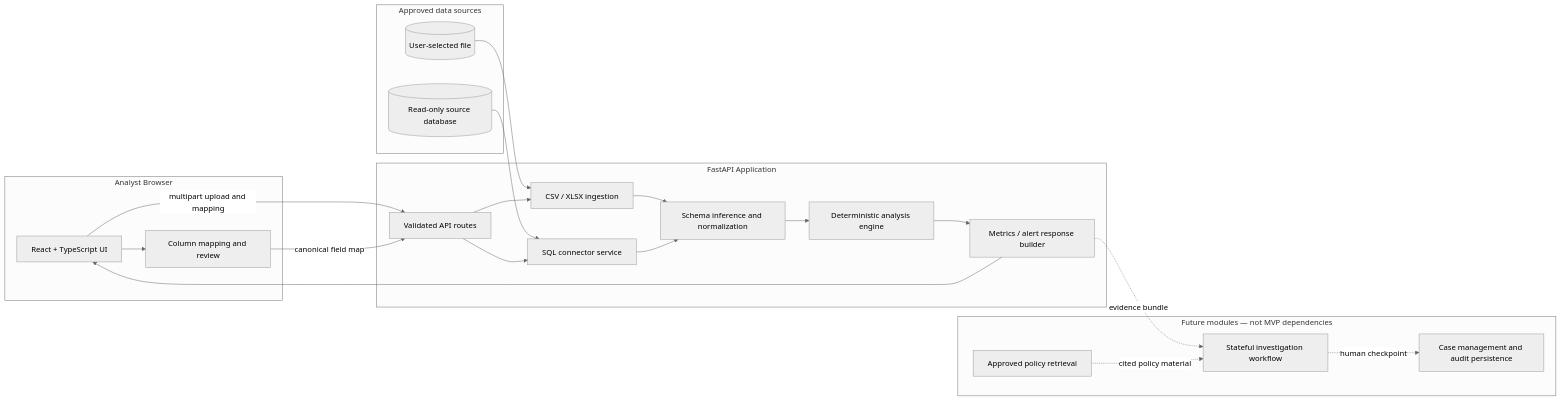
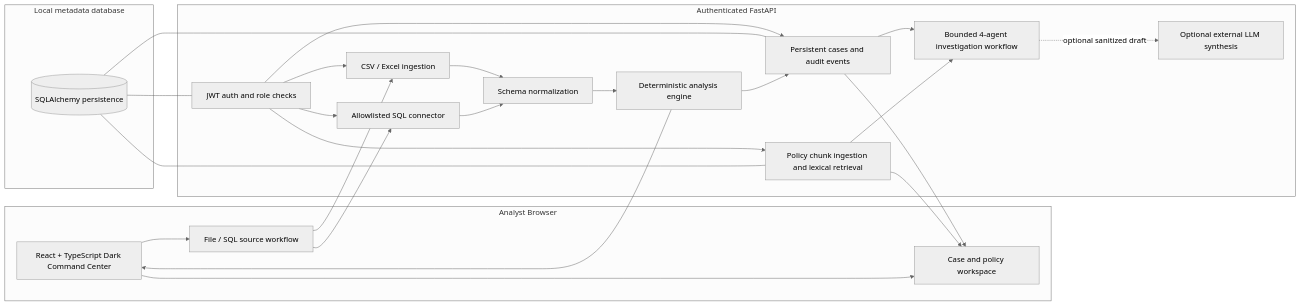
The diagram in docs/ARCHITECTURE.md (uzair592/SentinelAML), drawn with Mermaid (neutral theme) before and after one commit. The commit also changed other lines of this file, not shown here.

Commit message:
docs: update architecture for implemented auth cases policy and agents

````diff
--- a/docs/ARCHITECTURE.md
+++ b/docs/ARCHITECTURE.md
@@ -5,39 +5,43 @@
 ```mermaid
 flowchart LR
   subgraph Client[Analyst Browser]
-    UI[React + TypeScript UI]
-    MAP[Column mapping and review]
-    UI --> MAP
+    UI[React + TypeScript Dark Command Center]
+    SRC[File / SQL source workflow]
+    CASEUI[Case and policy workspace]
+    UI --> SRC
+    UI --> CASEUI
   end
-  subgraph API[FastAPI Application]
-    ROUTES[Validated API routes]
-    FILES[CSV / XLSX ingestion]
-    SQL[SQL connector service]
-    PROF[Schema inference and normalization]
+  subgraph API[Authenticated FastAPI]
+    AUTH[JWT auth and role checks]
+    FILES[CSV / Excel ingestion]
+    SQL[Allowlisted SQL connector]
+    PROF[Schema normalization]
     RULES[Deterministic analysis engine]
-    REPORT[Metrics / alert response builder]
+    CASES[Persistent cases and audit events]
+    POLICY[Policy chunk ingestion and lexical retrieval]
+    AGENTS[Bounded 4-agent investigation workflow]
+    LLM[Optional external LLM synthesis]
+    AUTH --> FILES
+    AUTH --> SQL
+    AUTH --> CASES
+    AUTH --> POLICY
+    CASES --> AGENTS
+    POLICY --> AGENTS
+    AGENTS -. optional sanitized draft .-> LLM
   end
-  subgraph Sources[Approved data sources]
-    FILE[(User-selected file)]
-    DB[(Read-only source database)]
+  subgraph Data[Local metadata database]
+    DB[(SQLAlchemy persistence)]
+    DB --- CASES
+    DB --- POLICY
+    DB --- AUTH
   end
-  subgraph Future[Future modules — not MVP dependencies]
-    AGENT[Stateful investigation workflow]
-    RAG[Approved policy retrieval]
-    CASE[Case management and audit persistence]
-  end
-  UI -->|multipart upload and mapping| ROUTES
-  MAP -->|canonical field map| ROUTES
-  FILE --> FILES
-  DB --> SQL
-  ROUTES --> FILES
-  ROUTES --> SQL
+  SRC --> FILES
+  SRC --> SQL
   FILES --> PROF
   SQL --> PROF
   PROF --> RULES
-  RULES --> REPORT
-  REPORT --> UI
-  REPORT -. evidence bundle .-> AGENT
-  RAG -. cited policy material .-> AGENT
-  AGENT -. human checkpoint .-> CASE
+  RULES --> CASES
+  RULES --> UI
+  CASES --> CASEUI
+  POLICY --> CASEUI
 ```
````
